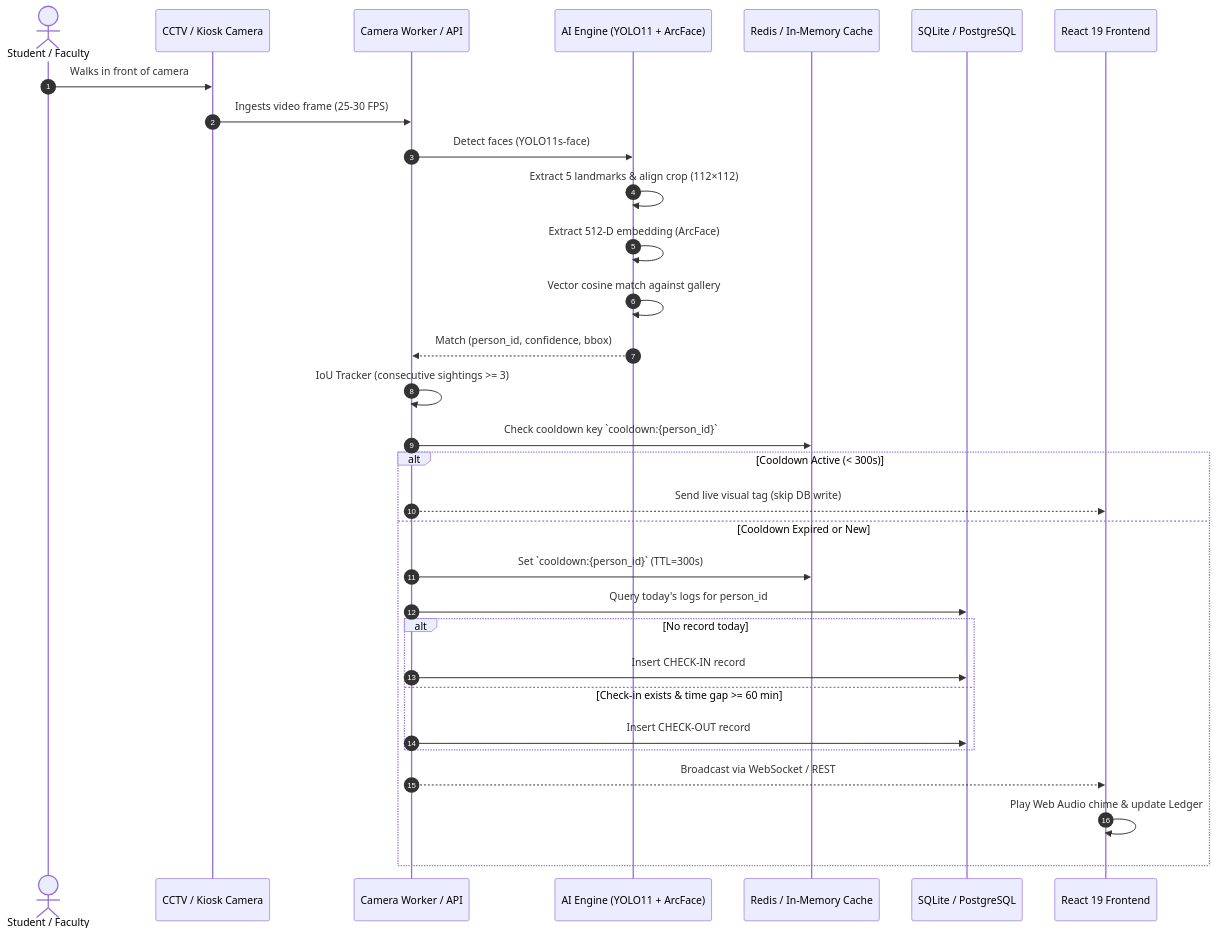
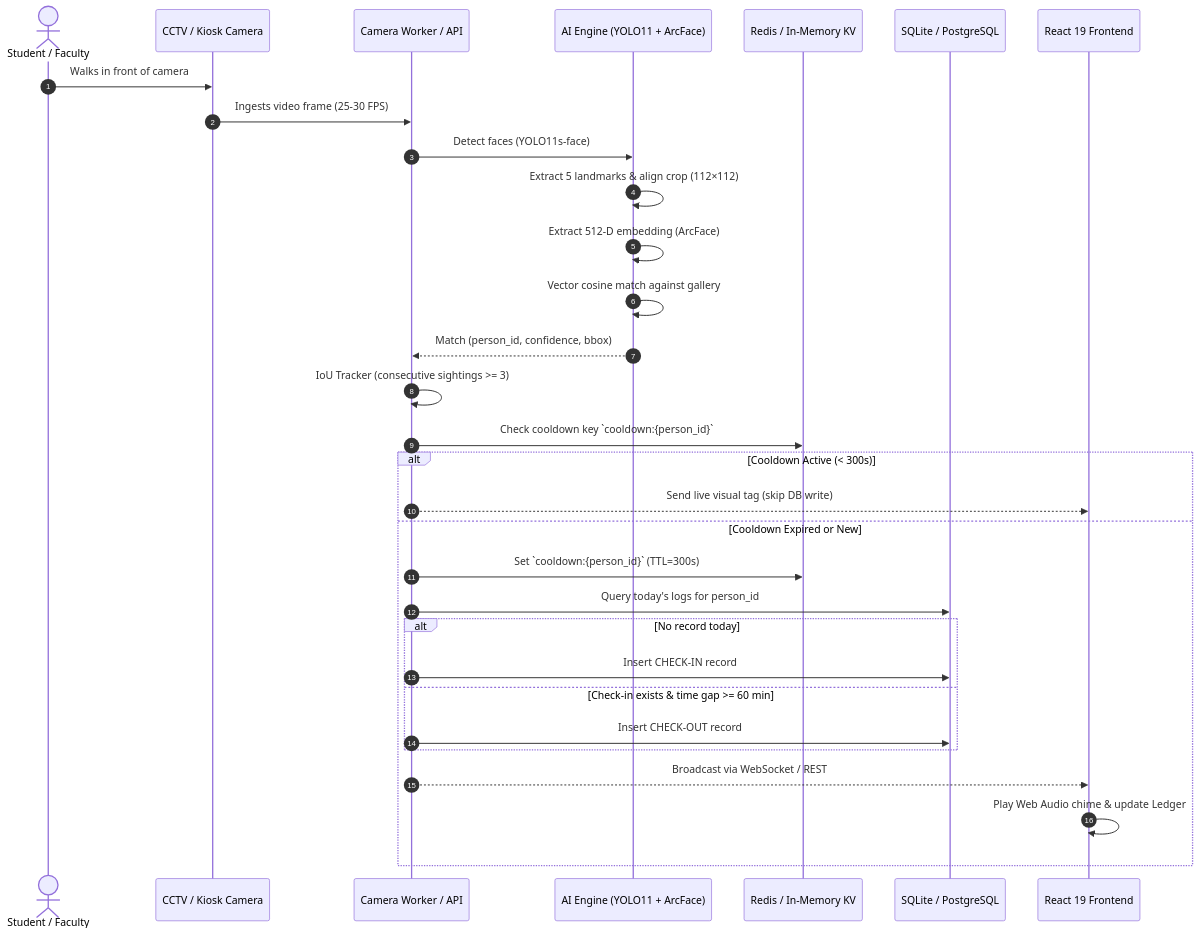
One commit to pandeeswaran-08/NSCET- changed the diagram in README.md. Above: the diagram before and after it, drawn with Mermaid. The commit also changed other lines of this file, not shown here.

Commit message:
docs: add comprehensive README with full tech stack specification, architecture, and testing guides

````diff
--- a/README.md
+++ b/README.md
@@ -109,34 +242,34 @@
 ```mermaid
 sequenceDiagram
     autonumber
     actor Person as Student / Faculty
     participant Cam as CCTV / Kiosk Camera
     participant Worker as Camera Worker / API
     participant AI as AI Engine (YOLO11 + ArcFace)
-    participant Cache as Redis / In-Memory Cache
+    participant Cache as Redis / In-Memory KV
     participant DB as SQLite / PostgreSQL
     participant UI as React 19 Frontend
 
     Person->>Cam: Walks in front of camera
     Cam->>Worker: Ingests video frame (25-30 FPS)
     Worker->>AI: Detect faces (YOLO11s-face)
     AI->>AI: Extract 5 landmarks & align crop (112×112)
     AI->>AI: Extract 512-D embedding (ArcFace)
     AI->>AI: Vector cosine match against gallery
     AI-->>Worker: Match (person_id, confidence, bbox)
     Worker->>Worker: IoU Tracker (consecutive sightings >= 3)
     Worker->>Cache: Check cooldown key `cooldown:{person_id}`
     alt Cooldown Active (< 300s)
         Worker-->>UI: Send live visual tag (skip DB write)
     else Cooldown Expired or New
         Worker->>Cache: Set `cooldown:{person_id}` (TTL=300s)
         Worker->>DB: Query today's logs for person_id
         alt No record today
             Worker->>DB: Insert CHECK-IN record
         else Check-in exists & time gap >= 60 min
             Worker->>DB: Insert CHECK-OUT record
         end
         Worker-->>UI: Broadcast via WebSocket / REST
         UI->>UI: Play Web Audio chime & update Ledger
     end
 ```
````
